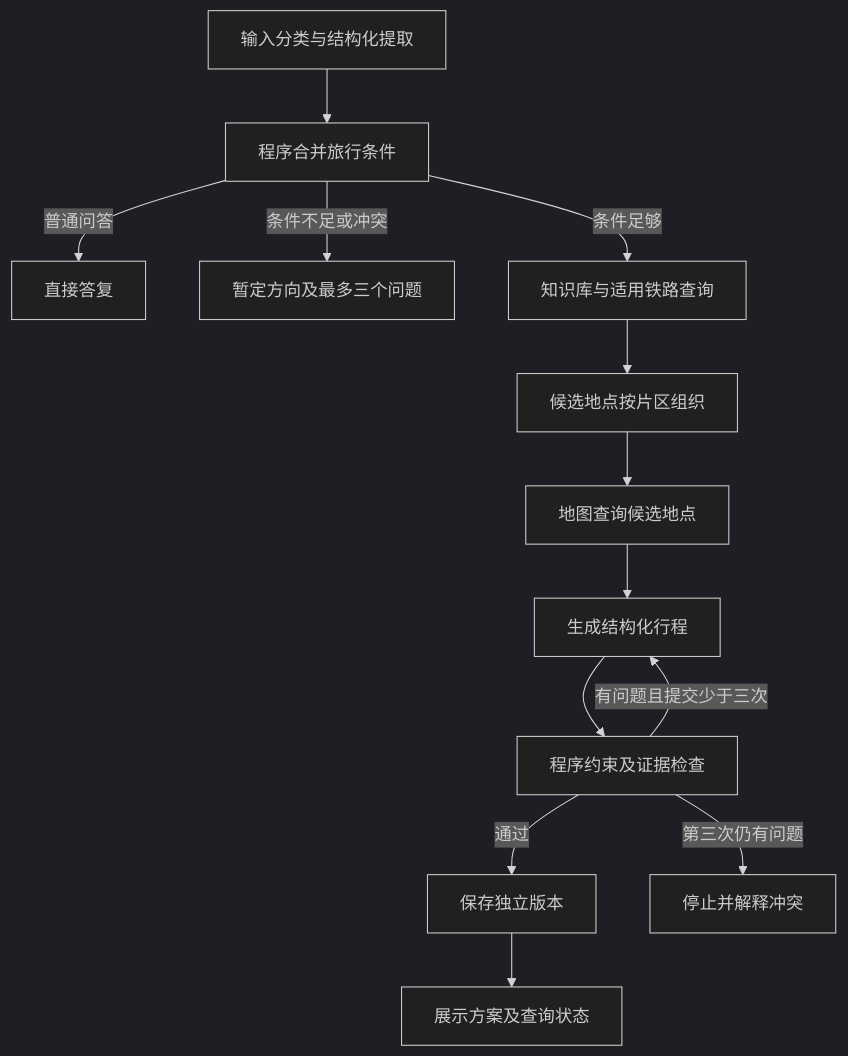
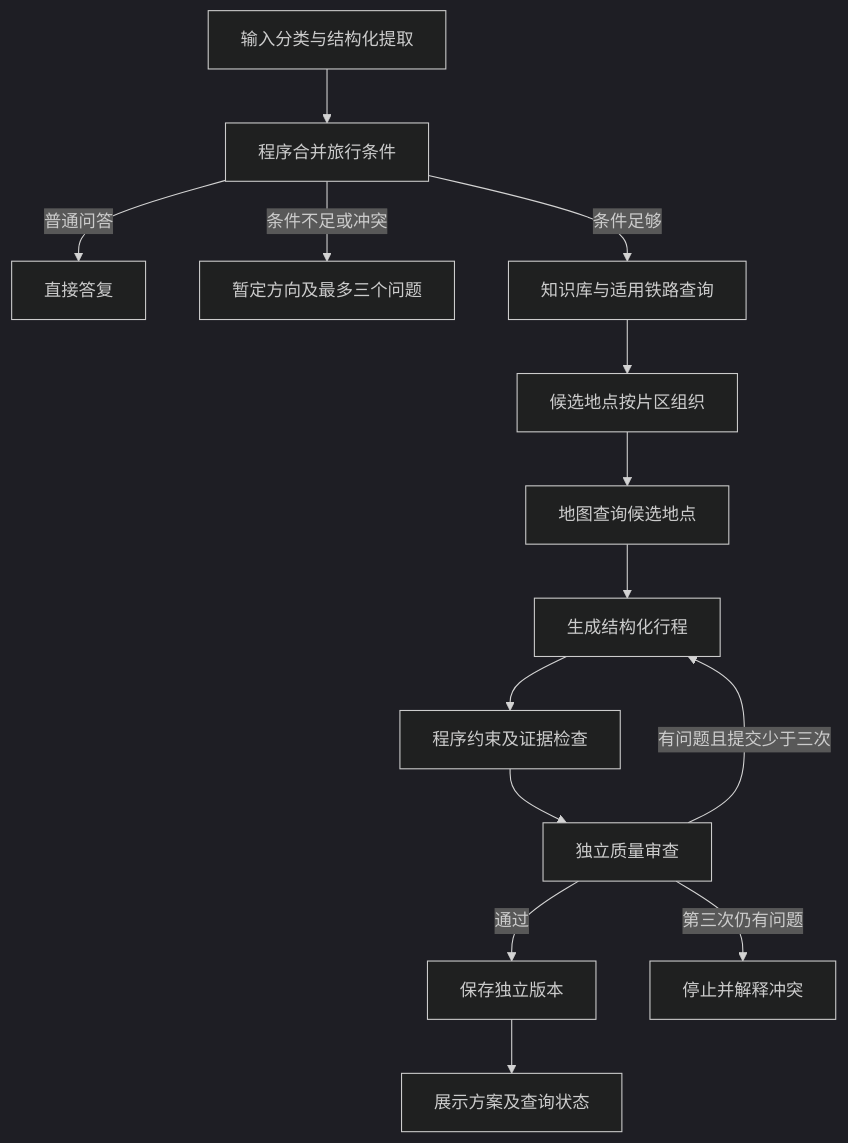
The diagram in docs/planning-workflow.md (WanQiuEsw/travelmate-agent), drawn with Mermaid (dark theme) before and after one commit. The commit also changed other lines of this file and 12 other files, not shown here.

````diff
--- a/docs/planning-workflow.md
+++ b/docs/planning-workflow.md
@@ -9,15 +9,16 @@
 ```mermaid
 flowchart TD
     A[输入分类与结构化提取] --> B[程序合并旅行条件]
     B -->|普通问答| C[直接答复]
     B -->|条件不足或冲突| D[暂定方向及最多三个问题]
     B -->|条件足够| E[知识库与适用铁路查询]
     E --> F[候选地点按片区组织]
     F --> G[地图查询候选地点]
     G --> H[生成结构化行程]
     H --> I[程序约束及证据检查]
-    I -->|通过| J[保存独立版本]
-    I -->|有问题且提交少于三次| H
-    I -->|第三次仍有问题| K[停止并解释冲突]
+    I --> Q[独立质量审查]
+    Q -->|通过| J[保存独立版本]
+    Q -->|有问题且提交少于三次| H
+    Q -->|第三次仍有问题| K[停止并解释冲突]
     J --> L[展示方案及查询状态]
 ```
````
